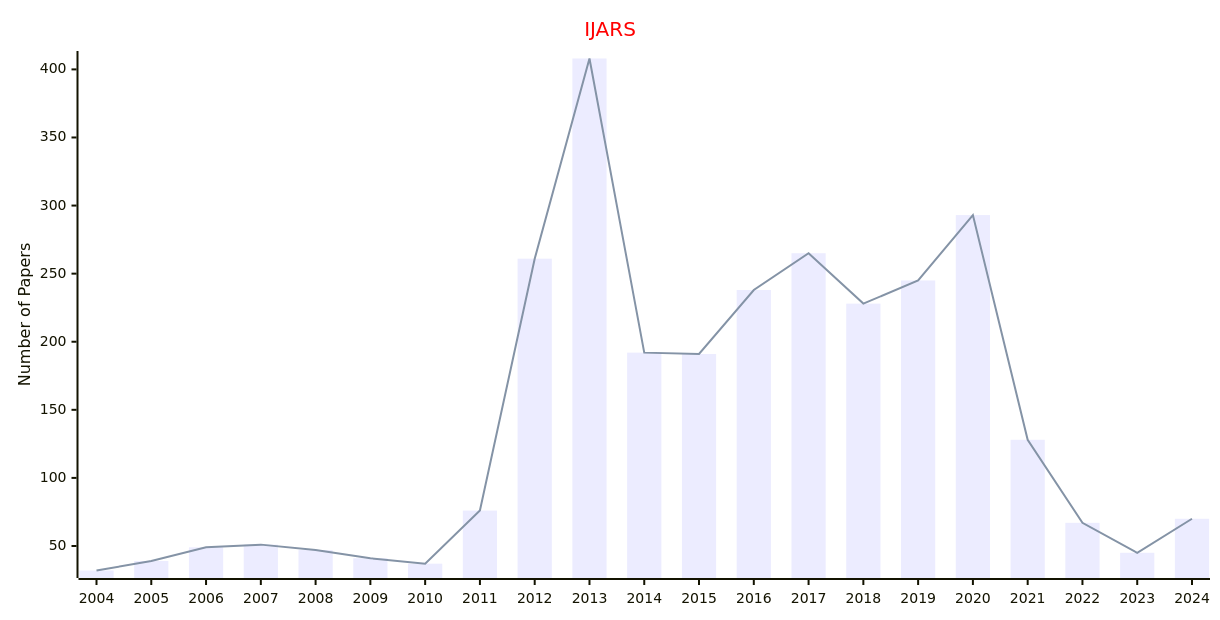
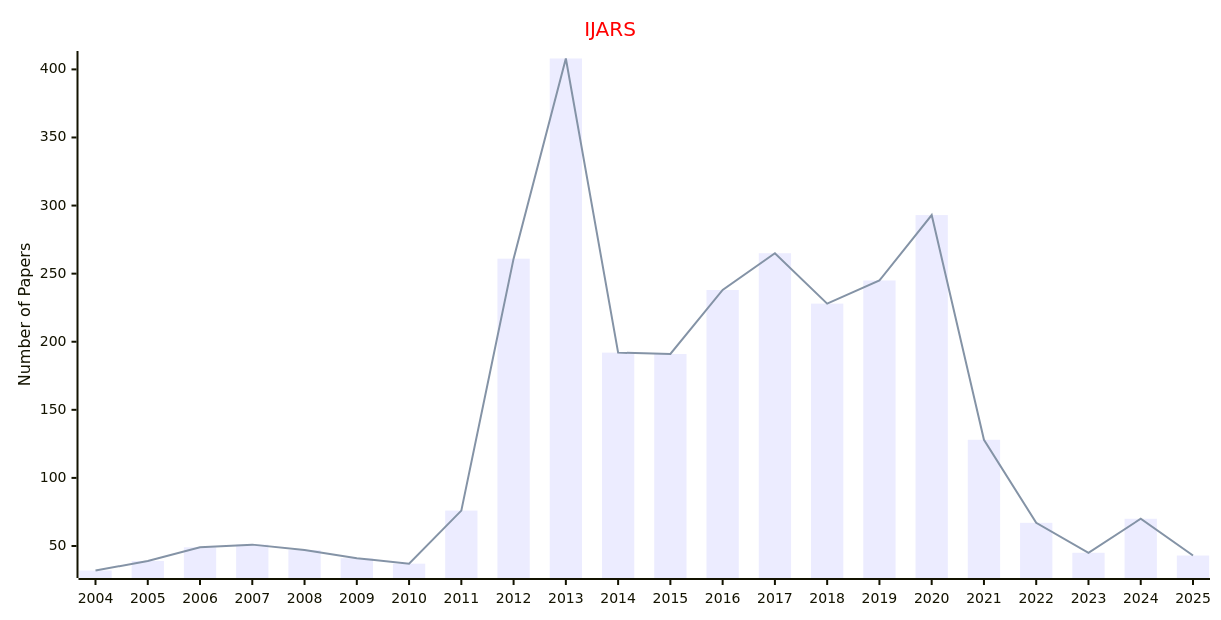
The eighth of 12 diagrams in docs/data/Journals/Statistics_Journals/Robotics_and_UAV.md (Easy-PhD/AILinks), drawn with Mermaid before and after one commit. The commit also changed other lines of this file and 93 other files, not shown here.

````diff
--- a/docs/data/Journals/Statistics_Journals/Robotics_and_UAV.md
+++ b/docs/data/Journals/Statistics_Journals/Robotics_and_UAV.md
@@ -177,17 +177,17 @@
 ```mermaid
 ---
 config:
     xyChart:
         width: 1200
         height: 600
     themeVariables:
         xyChart:
             titleColor: "#ff0000"
 ---
 xychart-beta
     title "IJARS"
-    x-axis [2004, 2005, 2006, 2007, 2008, 2009, 2010, 2011, 2012, 2013, 2014, 2015, 2016, 2017, 2018, 2019, 2020, 2021, 2022, 2023, 2024]
+    x-axis [2004, 2005, 2006, 2007, 2008, 2009, 2010, 2011, 2012, 2013, 2014, 2015, 2016, 2017, 2018, 2019, 2020, 2021, 2022, 2023, 2024, 2025]
     y-axis "Number of Papers"
-    bar [32, 39, 49, 51, 47, 41, 37, 76, 261, 408, 192, 191, 238, 265, 228, 245, 293, 128, 67, 45, 70]
-    line [32, 39, 49, 51, 47, 41, 37, 76, 261, 408, 192, 191, 238, 265, 228, 245, 293, 128, 67, 45, 70]
+    bar [32, 39, 49, 51, 47, 41, 37, 76, 261, 408, 192, 191, 238, 265, 228, 245, 293, 128, 67, 45, 70, 43]
+    line [32, 39, 49, 51, 47, 41, 37, 76, 261, 408, 192, 191, 238, 265, 228, 245, 293, 128, 67, 45, 70, 43]
 ```
````
